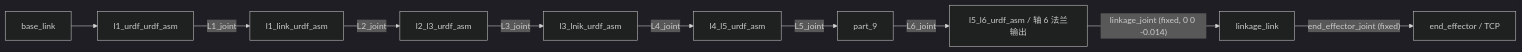
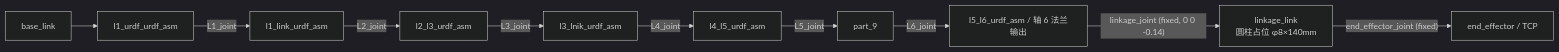
The diagram in src/a3_description_6j/README.md (deep-diary/a3_arm_ws), drawn with Mermaid (dark theme) before and after one commit. The commit also changed other lines of this file and 62 other files, not shown here.

````diff
--- a/src/a3_description_6j/README.md
+++ b/src/a3_description_6j/README.md
@@ -6,9 +10,9 @@
 ```mermaid
 graph LR
   base_link --> l1[l1_urdf_urdf_asm] -->|L1_joint| l1b[l1_link_urdf_asm]
   l1b -->|L2_joint| l2[l2_l3_urdf_asm] -->|L3_joint| l3[l3_lnik_urdf_asm]
   l3 -->|L4_joint| l4[l4_l5_urdf_asm] -->|L5_joint| p9[part_9]
   p9 -->|L6_joint| l5l6[l5_l6_urdf_asm / 轴 6 法兰输出]
-  l5l6 -->|"linkage_joint (fixed, 0 0 -0.014)"| lk[linkage_link]
+  l5l6 -->|"linkage_joint (fixed, 0 0 -0.14)"| lk[linkage_link<br/>圆柱占位 φ8×140mm]
   lk -->|"end_effector_joint (fixed)"| tcp[end_effector / TCP]
 ```
````
